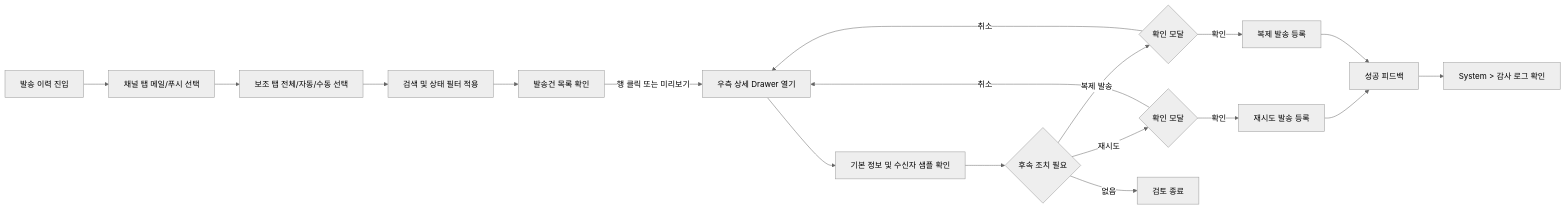
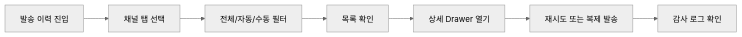
Before and after one commit to blackstarzck/topik-ai: the fourth of 5 diagrams in docs/specs/admin-page-flows-mermaid.md, drawn with Mermaid (neutral theme). The commit also changed other lines of this file and 26 other files, not shown here.

````diff
--- a/docs/specs/admin-page-flows-mermaid.md
+++ b/docs/specs/admin-page-flows-mermaid.md
@@ -136,20 +46,9 @@
 ```mermaid
 flowchart LR
-  A[발송 이력 진입] --> B[채널 탭 메일/푸시 선택]
-  B --> C[보조 탭 전체/자동/수동 선택]
-  C --> D[검색 및 상태 필터 적용]
-  D --> E[발송건 목록 확인]
-  E -->|행 클릭 또는 미리보기| F[우측 상세 Drawer 열기]
-  F --> G[기본 정보 및 수신자 샘플 확인]
-  G --> H{후속 조치 필요}
-  H -->|재시도| I{확인 모달}
-  H -->|복제 발송| J{확인 모달}
-  H -->|없음| M[검토 종료]
-  I -->|확인| K[재시도 발송 등록]
-  J -->|확인| L[복제 발송 등록]
-  I -->|취소| F
-  J -->|취소| F
-  K --> N[성공 피드백]
-  L --> N
-  N --> O[System > 감사 로그 확인]
+  A["발송 이력 진입"] --> B["채널 탭 선택"]
+  B --> C["전체/자동/수동 필터"]
+  C --> D["목록 확인"]
+  D --> E["상세 Drawer 열기"]
+  E --> F["재시도 또는 복제 발송"]
+  F --> G["감사 로그 확인"]
 ```
````
